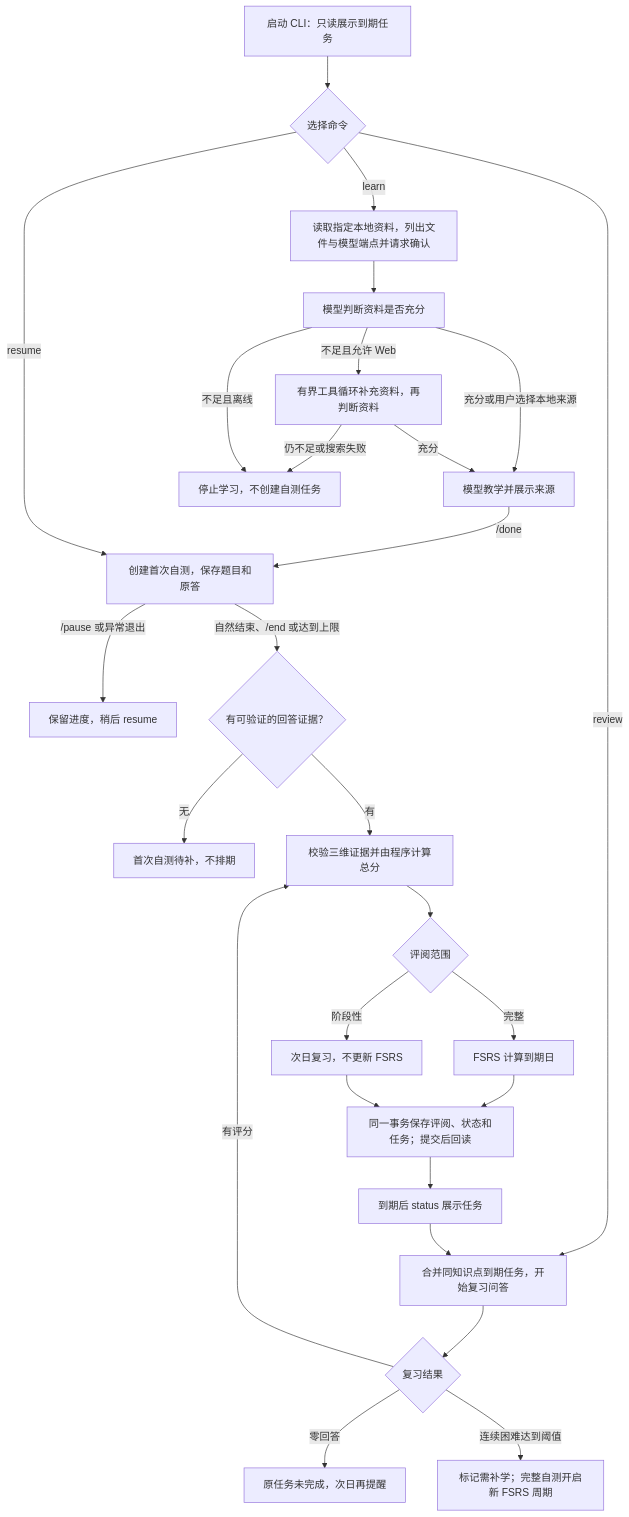
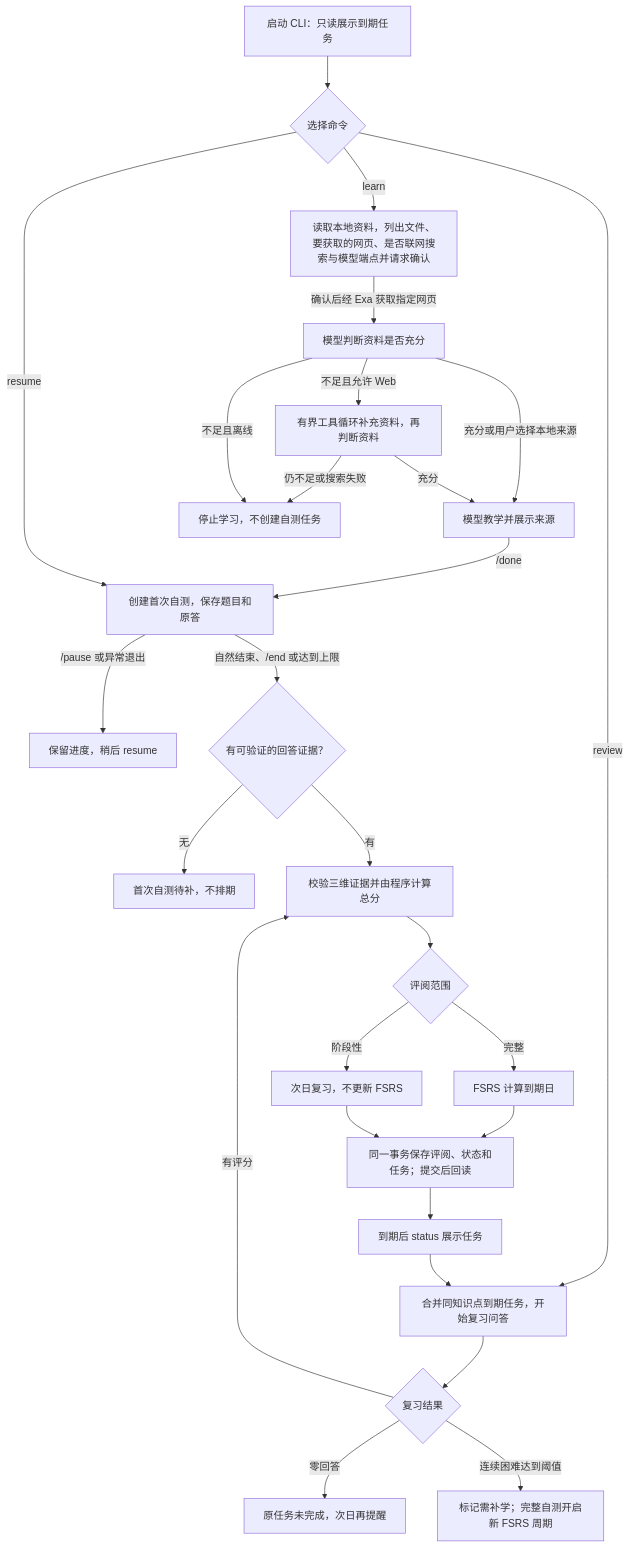
The second of 2 diagrams in README.md (zjsyxzjsyx/Koyo), drawn with Mermaid before and after one commit. The commit also changed other lines of this file and 7 other files, not shown here.

````diff
--- a/README.md
+++ b/README.md
@@ -67,29 +67,29 @@
 ```mermaid
 flowchart TD
     A[启动 CLI：只读展示到期任务] --> B{选择命令}
-    B -->|learn| C[读取指定本地资料，列出文件与模型端点并请求确认]
-    C --> D[模型判断资料是否充分]
+    B -->|learn| C[读取本地资料，列出文件、要获取的网页、是否联网搜索与模型端点并请求确认]
+    C -->|确认后经 Exa 获取指定网页| D[模型判断资料是否充分]
     D -->|不足且允许 Web| E[有界工具循环补充资料，再判断资料]
     D -->|充分或用户选择本地来源| F[模型教学并展示来源]
     E -->|充分| F
     E -->|仍不足或搜索失败| X[停止学习，不创建自测任务]
     D -->|不足且离线| X
     F -->|/done| G[创建首次自测，保存题目和原答]
     B -->|resume| G
     G -->|/pause 或异常退出| H[保留进度，稍后 resume]
     G -->|自然结束、/end 或达到上限| I{有可验证的回答证据？}
     I -->|无| J[首次自测待补，不排期]
     I -->|有| K[校验三维证据并由程序计算总分]
     K --> L{评阅范围}
     L -->|完整| M[FSRS 计算到期日]
     L -->|阶段性| N[次日复习，不更新 FSRS]
     M --> O[同一事务保存评阅、状态和任务；提交后回读]
     N --> O
     O --> P[到期后 status 展示任务]
     B -->|review| Q[合并同知识点到期任务，开始复习问答]
     P --> Q
     Q --> R{复习结果}
     R -->|有评分| K
     R -->|零回答| S[原任务未完成，次日再提醒]
     R -->|连续困难达到阈值| T[标记需补学；完整自测开启新 FSRS 周期]
 ```
````
